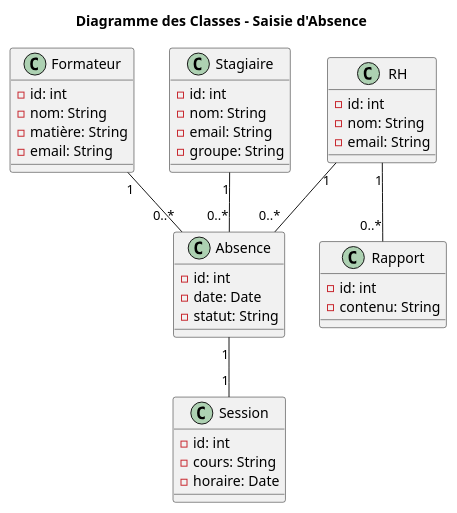
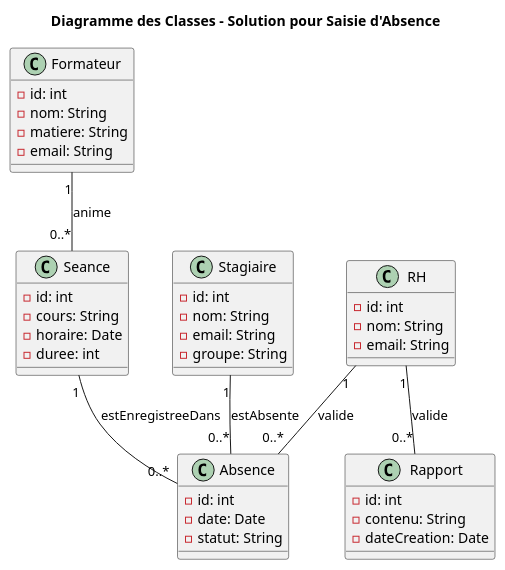
Before and after one commit to DevZakariaAz/19.Ui_Ux_Session: the diagram in Conception/diagramme_des_classes.plantuml, drawn with PlantUML. The commit also changed 1 other file, not shown here.

```diff
--- a/Conception/diagramme_des_classes.plantuml
+++ b/Conception/diagramme_des_classes.plantuml
@@ -1,46 +1,50 @@
 @startuml
-title Diagramme des Classes - Saisie d'Absence
+title Diagramme des Classes - Solution pour Saisie d'Absence
 
 class Formateur {
   - id: int
   - nom: String
-  - matière: String
+  - matiere: String
   - email: String
 }
 
 class RH {
   - id: int
   - nom: String
   - email: String
 }
 
 class Absence {
   - id: int
   - date: Date
   - statut: String
 }
 
 class Rapport {
   - id: int
   - contenu: String
+  - dateCreation: Date
 }
 
-class Session {
+class Seance {
   - id: int
   - cours: String
   - horaire: Date
+  - duree: int
 }
 
 class Stagiaire {
   - id: int
   - nom: String
   - email: String
   - groupe: String
 }
 
-Formateur "1" -- "0..*" Absence
-RH "1" -- "0..*" Absence
-Absence "1" -- "1" Session
-RH "1" -- "0..*" Rapport
-Stagiaire "1" -- "0..*" Absence
+
+Formateur "1" -- "0..*" Seance : anime
+Seance "1" -- "0..*" Absence : estEnregistreeDans
+Stagiaire "1" -- "0..*" Absence : estAbsente
+RH "1" -- "0..*" Rapport : valide
+RH "1" -- "0..*" Absence : valide
+
 @enduml
```
